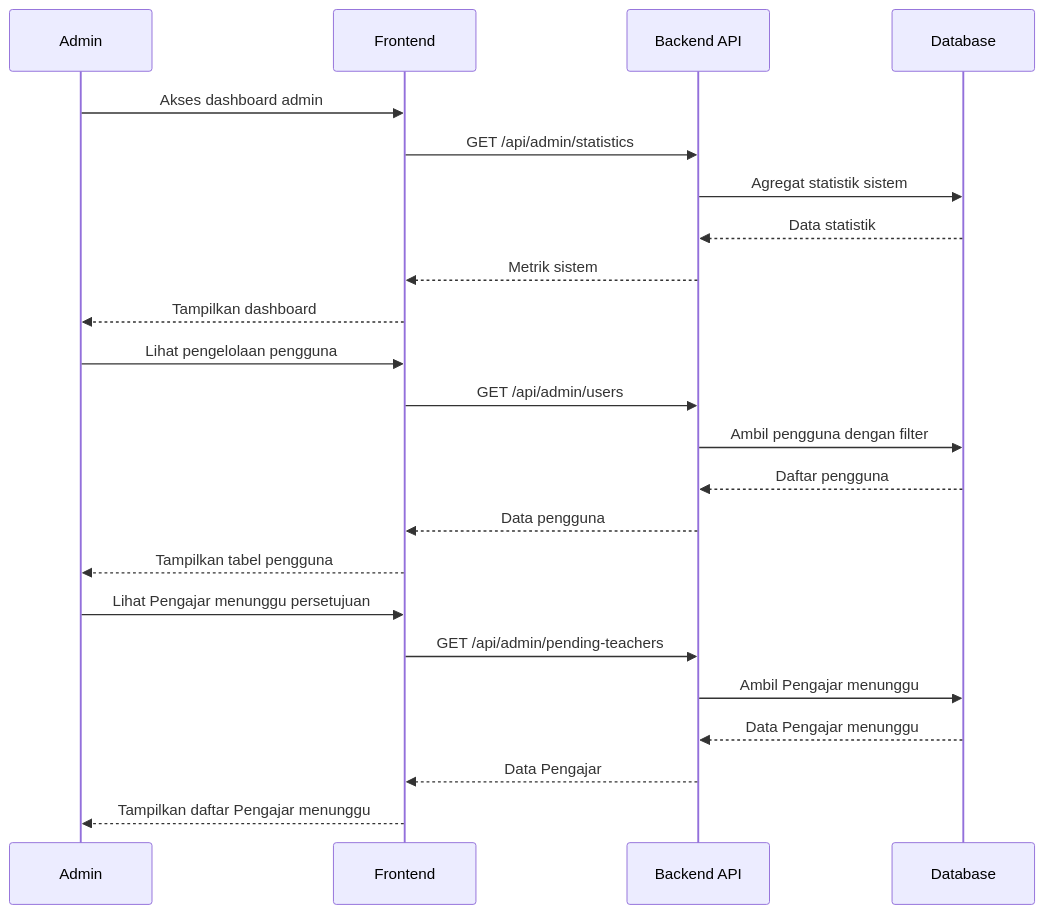
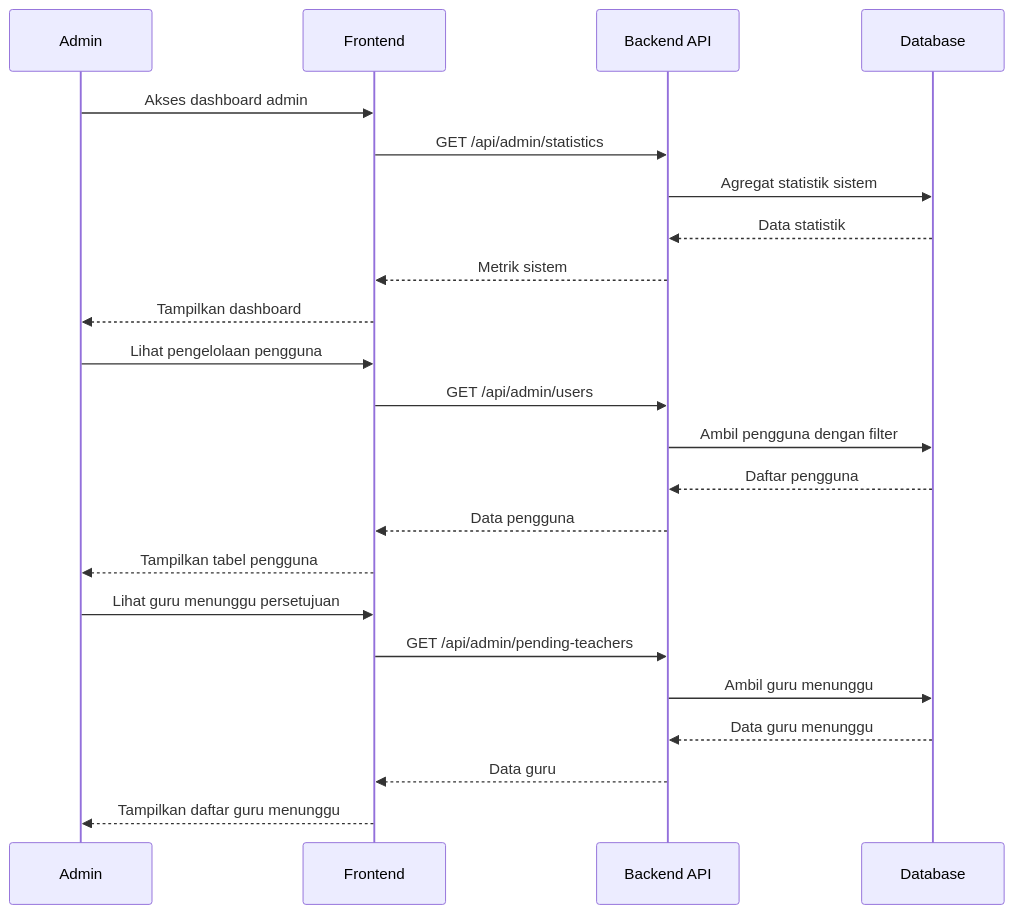
Before and after one commit to jonito2005/exam-expert-ai-docs: the sixth of 8 diagrams in sequence-diagrams.md, drawn with Mermaid. The commit also changed other lines of this file and 4 other files, not shown here.

````diff
--- a/sequence-diagrams.md
+++ b/sequence-diagrams.md
@@ -193,28 +206,28 @@
 ```mermaid
 sequenceDiagram
     participant A as Admin
     participant F as Frontend
     participant API as Backend API
     participant DB as Database
 
     A->>F: Akses dashboard admin
     F->>API: GET /api/admin/statistics
     API->>DB: Agregat statistik sistem
     DB-->>API: Data statistik
     API-->>F: Metrik sistem
     F-->>A: Tampilkan dashboard
 
     A->>F: Lihat pengelolaan pengguna
     F->>API: GET /api/admin/users
     API->>DB: Ambil pengguna dengan filter
     DB-->>API: Daftar pengguna
     API-->>F: Data pengguna
     F-->>A: Tampilkan tabel pengguna
 
-    A->>F: Lihat Pengajar menunggu persetujuan
+    A->>F: Lihat guru menunggu persetujuan
     F->>API: GET /api/admin/pending-teachers
-    API->>DB: Ambil Pengajar menunggu
-    DB-->>API: Data Pengajar menunggu
-    API-->>F: Data Pengajar
-    F-->>A: Tampilkan daftar Pengajar menunggu
+    API->>DB: Ambil guru menunggu
+    DB-->>API: Data guru menunggu
+    API-->>F: Data guru
+    F-->>A: Tampilkan daftar guru menunggu
 ```
````
